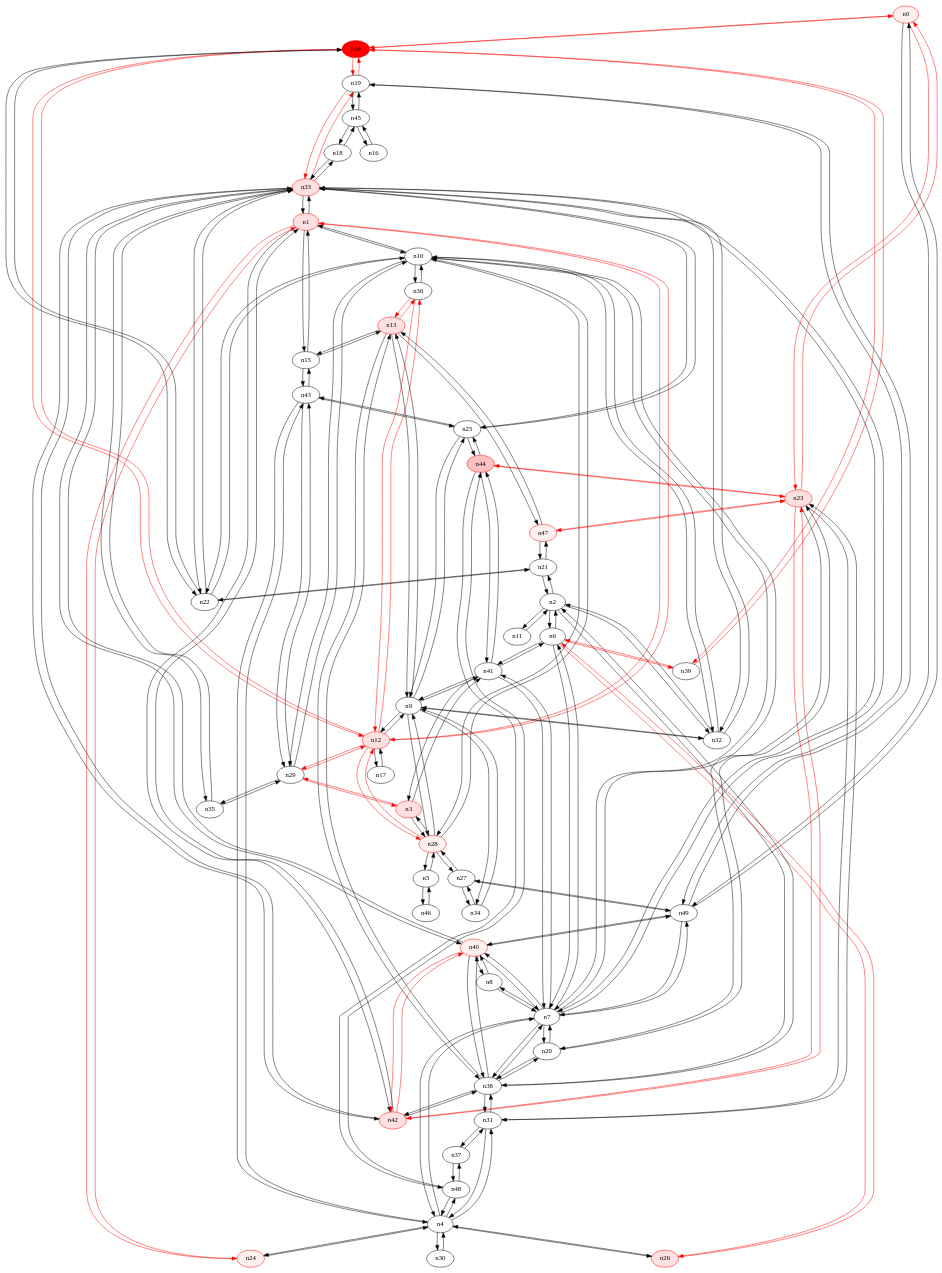
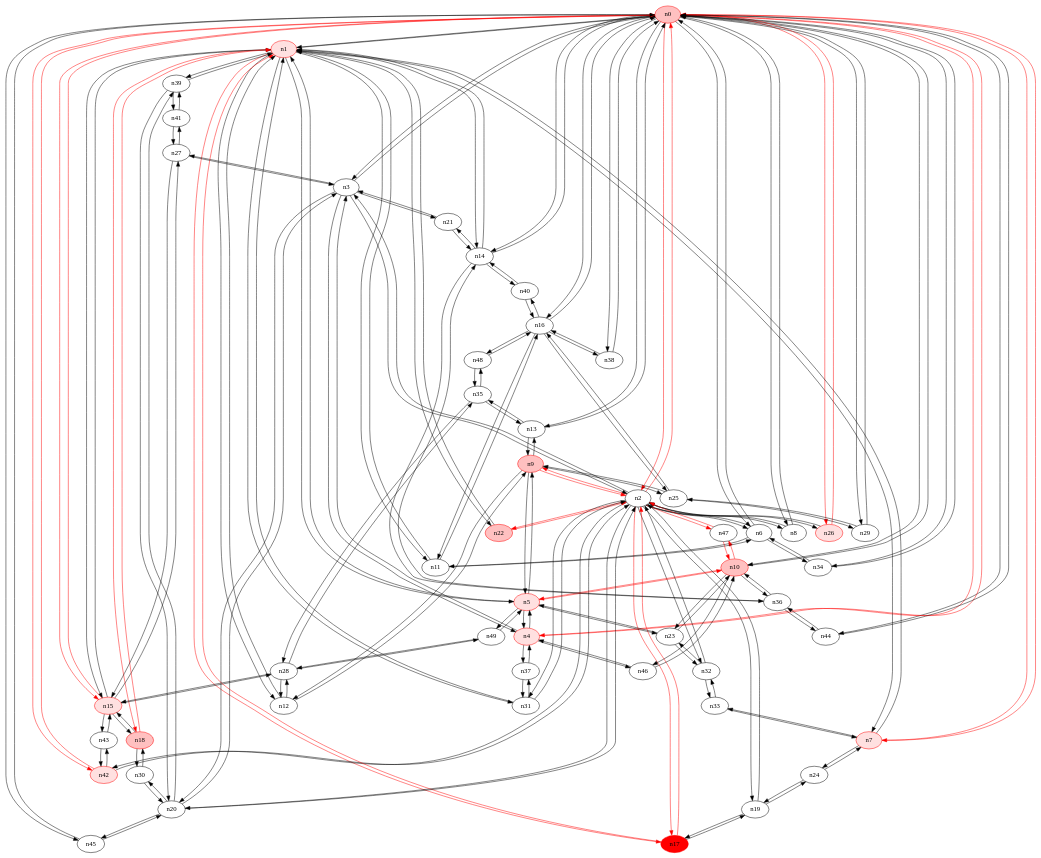
One commit to ireallyhopeirememberthis/yates_rrt changed the diagram in 50_20/1-rrt1.dot. Above: the diagram before and after it, drawn with Graphviz. The commit also changed 7464 other files, not shown here.

```diff
--- a/50_20/1-rrt1.dot
+++ b/50_20/1-rrt1.dot
@@ -1,252 +1,244 @@
 strict digraph {
-n0 [type=host, color="#FF0000", style=filled, fillcolor="#FFF0F0"];
-n14 [type=host, color="#FF0000", style=filled, fillcolor="#FF0000"];
-n23 [type=switch, color="#FF0000", style=filled, fillcolor="#FFE0E0"];
+n0 [type=switch, color="#FF0000", style=filled, fillcolor="#FFC0C0"];
+n1 [type=host, color="#FF0000", style=filled, fillcolor="#FFE0E0"];
+n2 [type=switch];
+n3 [type=switch];
+n4 [type=host, color="#FF0000", style=filled, fillcolor="#FFE0E0"];
+n6 [type=switch];
+n7 [type=host, color="#FF0000", style=filled, fillcolor="#FFE0E0"];
+n8 [type=switch];
+n10 [type=switch, color="#FF0000", style=filled, fillcolor="#FFC0C0"];
+n13 [type=switch];
+n14 [type=switch];
+n15 [type=host, color="#FF0000", style=filled, fillcolor="#FFE0E0"];
+n16 [type=switch];
+n26 [type=host, color="#FF0000", style=filled, fillcolor="#FFE0E0"];
+n29 [type=switch];
+n34 [type=switch];
+n38 [type=switch];
+n42 [type=host, color="#FF0000", style=filled, fillcolor="#FFE0E0"];
+n44 [type=switch];
+n45 [type=switch];
+n5 [type=host, color="#FF0000", style=filled, fillcolor="#FFE0E0"];
+n11 [type=switch];
+n12 [type=switch];
+n17 [type=switch, color="#FF0000", style=filled, fillcolor="#FF0000"];
+n18 [type=host, color="#FF0000", style=filled, fillcolor="#FFC0C0"];
+n22 [type=host, color="#FF0000", style=filled, fillcolor="#FFC0C0"];
+n31 [type=switch];
+n39 [type=switch];
+n9 [type=host, color="#FF0000", style=filled, fillcolor="#FFC0C0"];
+n19 [type=switch];
+n20 [type=switch];
+n32 [type=switch];
+n47 [type=switch];
+n21 [type=switch];
+n27 [type=switch];
+n37 [type=switch];
+n46 [type=switch];
+n23 [type=switch];
 n49 [type=switch];
-n1 [type=switch, color="#FF0000", style=filled, fillcolor="#FFE0E0"];
-n10 [type=switch];
-n12 [type=switch, color="#FF0000", style=filled, fillcolor="#FFE0E0"];
-n15 [type=switch];
-n24 [type=host, color="#FF0000", style=filled, fillcolor="#FFF0F0"];
-n33 [type=host, color="#FF0000", style=filled, fillcolor="#FFE0E0"];
-n42 [type=switch, color="#FF0000", style=filled, fillcolor="#FFE0E0"];
-n2 [type=switch];
-n6 [type=switch];
-n11 [type=switch];
-n21 [type=switch];
-n32 [type=switch];
-n38 [type=switch];
-n3 [type=host, color="#FF0000", style=filled, fillcolor="#FFE0E0"];
-n28 [type=host, color="#FF0000", style=filled, fillcolor="#FFF0F0"];
-n29 [type=switch];
-n41 [type=switch];
-n4 [type=switch];
-n7 [type=switch];
-n26 [type=host, color="#FF0000", style=filled, fillcolor="#FFE0E0"];
-n30 [type=switch];
-n31 [type=switch];
+n24 [type=switch];
+n33 [type=switch];
+n25 [type=switch];
+n36 [type=switch];
+n28 [type=switch];
+n35 [type=switch];
+n40 [type=switch];
 n43 [type=switch];
 n48 [type=switch];
-n5 [type=switch];
-n46 [type=switch];
-n39 [type=switch];
-n8 [type=switch];
-n20 [type=switch];
-n40 [type=host, color="#FF0000", style=filled, fillcolor="#FFF0F0"];
-n9 [type=switch];
-n13 [type=host, color="#FF0000", style=filled, fillcolor="#FFE0E0"];
-n25 [type=switch];
-n34 [type=switch];
-n22 [type=switch];
-n36 [type=switch];
-n17 [type=switch];
-n47 [type=host, color="#FF0000", style=filled, fillcolor="#FFF0F0"];
-n19 [type=switch];
-n16 [type=switch];
-n45 [type=switch];
-n18 [type=switch];
-n44 [type=switch, color="#FF0000", style=filled, fillcolor="#FFC0C0"];
-n27 [type=switch];
-n35 [type=switch];
-n37 [type=switch];
-n0 -> n14 [src_port=0, dst_port=0, color="#FF0000"];
-n0 -> n23 [src_port=0, dst_port=0, color="#FF0000"];
-n0 -> n49 [src_port=0, dst_port=0];
-n14 -> n0 [src_port=0, dst_port=0, color="#FF0000"];
-n14 -> n12 [src_port=0, dst_port=0, color="#FF0000"];
-n14 -> n39 [src_port=0, dst_port=0, color="#FF0000"];
-n14 -> n22 [src_port=0, dst_port=0];
-n14 -> n19 [src_port=0, dst_port=0, color="#FF0000"];
-n23 -> n0 [src_port=0, dst_port=0, color="#FF0000"];
-n23 -> n42 [src_port=0, dst_port=0, color="#FF0000"];
-n23 -> n31 [src_port=0, dst_port=0];
-n23 -> n20 [src_port=0, dst_port=0];
-n23 -> n47 [src_port=0, dst_port=0, color="#FF0000"];
-n23 -> n44 [src_port=0, dst_port=0, color="#FF0000"];
-n49 -> n0 [src_port=0, dst_port=0];
-n49 -> n7 [src_port=0, dst_port=0];
-n49 -> n40 [src_port=0, dst_port=0];
-n49 -> n19 [src_port=0, dst_port=0];
-n49 -> n27 [src_port=0, dst_port=0];
-n1 -> n10 [src_port=0, dst_port=0];
-n1 -> n12 [src_port=0, dst_port=0, color="#FF0000"];
+n30 [type=switch];
+n41 [type=switch];
+n0 -> n1 [src_port=0, dst_port=0];
+n0 -> n2 [src_port=0, dst_port=0, color="#FF0000"];
+n0 -> n3 [src_port=0, dst_port=0];
+n0 -> n4 [src_port=0, dst_port=0, color="#FF0000"];
+n0 -> n6 [src_port=0, dst_port=0];
+n0 -> n7 [src_port=0, dst_port=0, color="#FF0000"];
+n0 -> n8 [src_port=0, dst_port=0];
+n0 -> n10 [src_port=0, dst_port=0];
+n0 -> n13 [src_port=0, dst_port=0];
+n0 -> n14 [src_port=0, dst_port=0];
+n0 -> n15 [src_port=0, dst_port=0, color="#FF0000"];
+n0 -> n16 [src_port=0, dst_port=0];
+n0 -> n26 [src_port=0, dst_port=0, color="#FF0000"];
+n0 -> n29 [src_port=0, dst_port=0];
+n0 -> n34 [src_port=0, dst_port=0];
+n0 -> n38 [src_port=0, dst_port=0];
+n0 -> n42 [src_port=0, dst_port=0, color="#FF0000"];
+n0 -> n44 [src_port=0, dst_port=0];
+n0 -> n45 [src_port=0, dst_port=0];
+n1 -> n0 [src_port=0, dst_port=0];
+n1 -> n7 [src_port=0, dst_port=0];
+n1 -> n14 [src_port=0, dst_port=0];
 n1 -> n15 [src_port=0, dst_port=0];
-n1 -> n24 [src_port=0, dst_port=0, color="#FF0000"];
-n1 -> n33 [src_port=0, dst_port=0];
-n1 -> n42 [src_port=0, dst_port=0];
-n10 -> n1 [src_port=0, dst_port=0];
-n10 -> n32 [src_port=0, dst_port=0];
-n10 -> n28 [src_port=0, dst_port=0];
-n10 -> n29 [src_port=0, dst_port=0];
-n10 -> n7 [src_port=0, dst_port=0];
-n10 -> n22 [src_port=0, dst_port=0];
+n1 -> n5 [src_port=0, dst_port=0];
+n1 -> n11 [src_port=0, dst_port=0];
+n1 -> n12 [src_port=0, dst_port=0];
+n1 -> n17 [src_port=0, dst_port=0, color="#FF0000"];
+n1 -> n18 [src_port=0, dst_port=0, color="#FF0000"];
+n1 -> n22 [src_port=0, dst_port=0];
+n1 -> n31 [src_port=0, dst_port=0];
+n1 -> n39 [src_port=0, dst_port=0];
+n2 -> n0 [src_port=0, dst_port=0, color="#FF0000"];
+n2 -> n3 [src_port=0, dst_port=0];
+n2 -> n6 [src_port=0, dst_port=0];
+n2 -> n8 [src_port=0, dst_port=0];
+n2 -> n26 [src_port=0, dst_port=0];
+n2 -> n42 [src_port=0, dst_port=0];
+n2 -> n17 [src_port=0, dst_port=0, color="#FF0000"];
+n2 -> n22 [src_port=0, dst_port=0, color="#FF0000"];
+n2 -> n31 [src_port=0, dst_port=0];
+n2 -> n9 [src_port=0, dst_port=0, color="#FF0000"];
+n2 -> n19 [src_port=0, dst_port=0];
+n2 -> n20 [src_port=0, dst_port=0];
+n2 -> n32 [src_port=0, dst_port=0];
+n2 -> n47 [src_port=0, dst_port=0, color="#FF0000"];
+n3 -> n0 [src_port=0, dst_port=0];
+n3 -> n2 [src_port=0, dst_port=0];
+n3 -> n4 [src_port=0, dst_port=0];
+n3 -> n20 [src_port=0, dst_port=0];
+n3 -> n21 [src_port=0, dst_port=0];
+n3 -> n27 [src_port=0, dst_port=0];
+n4 -> n0 [src_port=0, dst_port=0, color="#FF0000"];
+n4 -> n3 [src_port=0, dst_port=0];
+n4 -> n5 [src_port=0, dst_port=0];
+n4 -> n37 [src_port=0, dst_port=0];
+n4 -> n46 [src_port=0, dst_port=0];
+n6 -> n0 [src_port=0, dst_port=0];
+n6 -> n2 [src_port=0, dst_port=0];
+n6 -> n34 [src_port=0, dst_port=0];
+n6 -> n11 [src_port=0, dst_port=0];
+n7 -> n0 [src_port=0, dst_port=0, color="#FF0000"];
+n7 -> n1 [src_port=0, dst_port=0];
+n7 -> n24 [src_port=0, dst_port=0];
+n7 -> n33 [src_port=0, dst_port=0];
+n8 -> n0 [src_port=0, dst_port=0];
+n8 -> n2 [src_port=0, dst_port=0];
+n10 -> n0 [src_port=0, dst_port=0];
+n10 -> n5 [src_port=0, dst_port=0, color="#FF0000"];
+n10 -> n47 [src_port=0, dst_port=0, color="#FF0000"];
+n10 -> n46 [src_port=0, dst_port=0];
+n10 -> n23 [src_port=0, dst_port=0];
 n10 -> n36 [src_port=0, dst_port=0];
-n12 -> n14 [src_port=0, dst_port=0, color="#FF0000"];
-n12 -> n1 [src_port=0, dst_port=0, color="#FF0000"];
-n12 -> n28 [src_port=0, dst_port=0, color="#FF0000"];
-n12 -> n29 [src_port=0, dst_port=0, color="#FF0000"];
+n13 -> n0 [src_port=0, dst_port=0];
+n13 -> n9 [src_port=0, dst_port=0];
+n13 -> n35 [src_port=0, dst_port=0];
+n14 -> n0 [src_port=0, dst_port=0];
+n14 -> n1 [src_port=0, dst_port=0];
+n14 -> n21 [src_port=0, dst_port=0];
+n14 -> n36 [src_port=0, dst_port=0];
+n14 -> n40 [src_port=0, dst_port=0];
+n15 -> n0 [src_port=0, dst_port=0, color="#FF0000"];
+n15 -> n1 [src_port=0, dst_port=0];
+n15 -> n18 [src_port=0, dst_port=0];
+n15 -> n27 [src_port=0, dst_port=0];
+n15 -> n28 [src_port=0, dst_port=0];
+n15 -> n43 [src_port=0, dst_port=0];
+n16 -> n0 [src_port=0, dst_port=0];
+n16 -> n38 [src_port=0, dst_port=0];
+n16 -> n11 [src_port=0, dst_port=0];
+n16 -> n25 [src_port=0, dst_port=0];
+n16 -> n40 [src_port=0, dst_port=0];
+n16 -> n48 [src_port=0, dst_port=0];
+n26 -> n0 [src_port=0, dst_port=0, color="#FF0000"];
+n26 -> n2 [src_port=0, dst_port=0];
+n29 -> n0 [src_port=0, dst_port=0];
+n29 -> n25 [src_port=0, dst_port=0];
+n34 -> n0 [src_port=0, dst_port=0];
+n34 -> n6 [src_port=0, dst_port=0];
+n38 -> n0 [src_port=0, dst_port=0];
+n38 -> n16 [src_port=0, dst_port=0];
+n42 -> n0 [src_port=0, dst_port=0, color="#FF0000"];
+n42 -> n2 [src_port=0, dst_port=0];
+n42 -> n43 [src_port=0, dst_port=0];
+n44 -> n0 [src_port=0, dst_port=0];
+n44 -> n36 [src_port=0, dst_port=0];
+n45 -> n0 [src_port=0, dst_port=0];
+n45 -> n20 [src_port=0, dst_port=0];
+n5 -> n1 [src_port=0, dst_port=0];
+n5 -> n4 [src_port=0, dst_port=0];
+n5 -> n10 [src_port=0, dst_port=0, color="#FF0000"];
+n5 -> n9 [src_port=0, dst_port=0];
+n5 -> n23 [src_port=0, dst_port=0];
+n5 -> n49 [src_port=0, dst_port=0];
+n11 -> n1 [src_port=0, dst_port=0];
+n11 -> n6 [src_port=0, dst_port=0];
+n11 -> n16 [src_port=0, dst_port=0];
+n12 -> n1 [src_port=0, dst_port=0];
 n12 -> n9 [src_port=0, dst_port=0];
-n12 -> n36 [src_port=0, dst_port=0, color="#FF0000"];
-n12 -> n17 [src_port=0, dst_port=0];
-n15 -> n1 [src_port=0, dst_port=0];
-n15 -> n43 [src_port=0, dst_port=0];
-n15 -> n13 [src_port=0, dst_port=0];
-n24 -> n1 [src_port=0, dst_port=0, color="#FF0000"];
-n24 -> n4 [src_port=0, dst_port=0];
-n33 -> n1 [src_port=0, dst_port=0];
-n33 -> n42 [src_port=0, dst_port=0];
+n12 -> n28 [src_port=0, dst_port=0];
+n17 -> n1 [src_port=0, dst_port=0, color="#FF0000"];
+n17 -> n2 [src_port=0, dst_port=0, color="#FF0000"];
+n17 -> n19 [src_port=0, dst_port=0];
+n18 -> n1 [src_port=0, dst_port=0, color="#FF0000"];
+n18 -> n15 [src_port=0, dst_port=0];
+n18 -> n30 [src_port=0, dst_port=0];
+n22 -> n1 [src_port=0, dst_port=0];
+n22 -> n2 [src_port=0, dst_port=0, color="#FF0000"];
+n31 -> n1 [src_port=0, dst_port=0];
+n31 -> n2 [src_port=0, dst_port=0];
+n31 -> n37 [src_port=0, dst_port=0];
+n39 -> n1 [src_port=0, dst_port=0];
+n39 -> n20 [src_port=0, dst_port=0];
+n39 -> n41 [src_port=0, dst_port=0];
+n9 -> n2 [src_port=0, dst_port=0, color="#FF0000"];
+n9 -> n13 [src_port=0, dst_port=0];
+n9 -> n5 [src_port=0, dst_port=0];
+n9 -> n12 [src_port=0, dst_port=0];
+n9 -> n25 [src_port=0, dst_port=0];
+n19 -> n2 [src_port=0, dst_port=0];
+n19 -> n17 [src_port=0, dst_port=0];
+n19 -> n24 [src_port=0, dst_port=0];
+n20 -> n2 [src_port=0, dst_port=0];
+n20 -> n3 [src_port=0, dst_port=0];
+n20 -> n45 [src_port=0, dst_port=0];
+n20 -> n39 [src_port=0, dst_port=0];
+n20 -> n30 [src_port=0, dst_port=0];
+n32 -> n2 [src_port=0, dst_port=0];
+n32 -> n23 [src_port=0, dst_port=0];
+n32 -> n33 [src_port=0, dst_port=0];
+n47 -> n2 [src_port=0, dst_port=0, color="#FF0000"];
+n47 -> n10 [src_port=0, dst_port=0, color="#FF0000"];
+n21 -> n3 [src_port=0, dst_port=0];
+n21 -> n14 [src_port=0, dst_port=0];
+n27 -> n3 [src_port=0, dst_port=0];
+n27 -> n15 [src_port=0, dst_port=0];
+n27 -> n41 [src_port=0, dst_port=0];
+n37 -> n4 [src_port=0, dst_port=0];
+n37 -> n31 [src_port=0, dst_port=0];
+n46 -> n4 [src_port=0, dst_port=0];
+n46 -> n10 [src_port=0, dst_port=0];
+n23 -> n10 [src_port=0, dst_port=0];
+n23 -> n5 [src_port=0, dst_port=0];
+n23 -> n32 [src_port=0, dst_port=0];
+n49 -> n5 [src_port=0, dst_port=0];
+n49 -> n28 [src_port=0, dst_port=0];
+n24 -> n7 [src_port=0, dst_port=0];
+n24 -> n19 [src_port=0, dst_port=0];
+n33 -> n7 [src_port=0, dst_port=0];
 n33 -> n32 [src_port=0, dst_port=0];
-n33 -> n7 [src_port=0, dst_port=0];
-n33 -> n40 [src_port=0, dst_port=0];
-n33 -> n25 [src_port=0, dst_port=0];
-n33 -> n22 [src_port=0, dst_port=0];
-n33 -> n19 [src_port=0, dst_port=0, color="#FF0000"];
-n33 -> n18 [src_port=0, dst_port=0];
-n33 -> n35 [src_port=0, dst_port=0];
-n42 -> n23 [src_port=0, dst_port=0, color="#FF0000"];
-n42 -> n1 [src_port=0, dst_port=0];
-n42 -> n33 [src_port=0, dst_port=0];
-n42 -> n38 [src_port=0, dst_port=0];
-n42 -> n40 [src_port=0, dst_port=0, color="#FF0000"];
-n2 -> n6 [src_port=0, dst_port=0];
-n2 -> n11 [src_port=0, dst_port=0];
-n2 -> n21 [src_port=0, dst_port=0];
-n2 -> n32 [src_port=0, dst_port=0];
-n2 -> n38 [src_port=0, dst_port=0];
-n6 -> n2 [src_port=0, dst_port=0];
-n6 -> n41 [src_port=0, dst_port=0];
-n6 -> n7 [src_port=0, dst_port=0];
-n6 -> n26 [src_port=0, dst_port=0, color="#FF0000"];
-n6 -> n39 [src_port=0, dst_port=0, color="#FF0000"];
-n11 -> n2 [src_port=0, dst_port=0];
-n21 -> n2 [src_port=0, dst_port=0];
-n21 -> n22 [src_port=0, dst_port=0];
-n21 -> n47 [src_port=0, dst_port=0];
-n32 -> n10 [src_port=0, dst_port=0];
-n32 -> n33 [src_port=0, dst_port=0];
-n32 -> n2 [src_port=0, dst_port=0];
-n32 -> n9 [src_port=0, dst_port=0];
-n38 -> n42 [src_port=0, dst_port=0];
-n38 -> n2 [src_port=0, dst_port=0];
-n38 -> n7 [src_port=0, dst_port=0];
-n38 -> n31 [src_port=0, dst_port=0];
-n38 -> n20 [src_port=0, dst_port=0];
-n38 -> n40 [src_port=0, dst_port=0];
-n38 -> n13 [src_port=0, dst_port=0];
-n3 -> n28 [src_port=0, dst_port=0];
-n3 -> n29 [src_port=0, dst_port=0, color="#FF0000"];
-n3 -> n41 [src_port=0, dst_port=0];
-n28 -> n10 [src_port=0, dst_port=0];
-n28 -> n12 [src_port=0, dst_port=0, color="#FF0000"];
-n28 -> n3 [src_port=0, dst_port=0];
-n28 -> n5 [src_port=0, dst_port=0];
-n28 -> n9 [src_port=0, dst_port=0];
-n28 -> n27 [src_port=0, dst_port=0];
-n29 -> n10 [src_port=0, dst_port=0];
-n29 -> n12 [src_port=0, dst_port=0, color="#FF0000"];
-n29 -> n3 [src_port=0, dst_port=0, color="#FF0000"];
-n29 -> n43 [src_port=0, dst_port=0];
-n29 -> n35 [src_port=0, dst_port=0];
-n41 -> n6 [src_port=0, dst_port=0];
-n41 -> n3 [src_port=0, dst_port=0];
-n41 -> n7 [src_port=0, dst_port=0];
-n41 -> n9 [src_port=0, dst_port=0];
-n41 -> n44 [src_port=0, dst_port=0];
-n4 -> n24 [src_port=0, dst_port=0];
-n4 -> n7 [src_port=0, dst_port=0];
-n4 -> n26 [src_port=0, dst_port=0];
-n4 -> n30 [src_port=0, dst_port=0];
-n4 -> n31 [src_port=0, dst_port=0];
-n4 -> n43 [src_port=0, dst_port=0];
-n4 -> n48 [src_port=0, dst_port=0];
-n7 -> n49 [src_port=0, dst_port=0];
-n7 -> n10 [src_port=0, dst_port=0];
-n7 -> n33 [src_port=0, dst_port=0];
-n7 -> n6 [src_port=0, dst_port=0];
-n7 -> n38 [src_port=0, dst_port=0];
-n7 -> n41 [src_port=0, dst_port=0];
-n7 -> n4 [src_port=0, dst_port=0];
-n7 -> n8 [src_port=0, dst_port=0];
-n7 -> n20 [src_port=0, dst_port=0];
-n7 -> n40 [src_port=0, dst_port=0];
-n26 -> n6 [src_port=0, dst_port=0, color="#FF0000"];
-n26 -> n4 [src_port=0, dst_port=0];
-n30 -> n4 [src_port=0, dst_port=0];
-n31 -> n23 [src_port=0, dst_port=0];
-n31 -> n38 [src_port=0, dst_port=0];
-n31 -> n4 [src_port=0, dst_port=0];
-n31 -> n37 [src_port=0, dst_port=0];
+n25 -> n16 [src_port=0, dst_port=0];
+n25 -> n29 [src_port=0, dst_port=0];
+n25 -> n9 [src_port=0, dst_port=0];
+n36 -> n10 [src_port=0, dst_port=0];
+n36 -> n14 [src_port=0, dst_port=0];
+n36 -> n44 [src_port=0, dst_port=0];
+n28 -> n15 [src_port=0, dst_port=0];
+n28 -> n12 [src_port=0, dst_port=0];
+n28 -> n49 [src_port=0, dst_port=0];
+n28 -> n35 [src_port=0, dst_port=0];
+n35 -> n13 [src_port=0, dst_port=0];
+n35 -> n28 [src_port=0, dst_port=0];
+n35 -> n48 [src_port=0, dst_port=0];
+n40 -> n14 [src_port=0, dst_port=0];
+n40 -> n16 [src_port=0, dst_port=0];
 n43 -> n15 [src_port=0, dst_port=0];
-n43 -> n29 [src_port=0, dst_port=0];
-n43 -> n4 [src_port=0, dst_port=0];
-n43 -> n25 [src_port=0, dst_port=0];
-n48 -> n4 [src_port=0, dst_port=0];
-n48 -> n44 [src_port=0, dst_port=0];
-n48 -> n37 [src_port=0, dst_port=0];
-n5 -> n28 [src_port=0, dst_port=0];
-n5 -> n46 [src_port=0, dst_port=0];
-n46 -> n5 [src_port=0, dst_port=0];
-n39 -> n14 [src_port=0, dst_port=0, color="#FF0000"];
-n39 -> n6 [src_port=0, dst_port=0, color="#FF0000"];
-n8 -> n7 [src_port=0, dst_port=0];
-n8 -> n40 [src_port=0, dst_port=0];
-n20 -> n23 [src_port=0, dst_port=0];
-n20 -> n38 [src_port=0, dst_port=0];
-n20 -> n7 [src_port=0, dst_port=0];
-n40 -> n49 [src_port=0, dst_port=0];
-n40 -> n33 [src_port=0, dst_port=0];
-n40 -> n42 [src_port=0, dst_port=0, color="#FF0000"];
-n40 -> n38 [src_port=0, dst_port=0];
-n40 -> n7 [src_port=0, dst_port=0];
-n40 -> n8 [src_port=0, dst_port=0];
-n9 -> n12 [src_port=0, dst_port=0];
-n9 -> n32 [src_port=0, dst_port=0];
-n9 -> n28 [src_port=0, dst_port=0];
-n9 -> n41 [src_port=0, dst_port=0];
-n9 -> n13 [src_port=0, dst_port=0];
-n9 -> n25 [src_port=0, dst_port=0];
-n9 -> n34 [src_port=0, dst_port=0];
-n13 -> n15 [src_port=0, dst_port=0];
-n13 -> n38 [src_port=0, dst_port=0];
-n13 -> n9 [src_port=0, dst_port=0];
-n13 -> n36 [src_port=0, dst_port=0, color="#FF0000"];
-n13 -> n47 [src_port=0, dst_port=0];
-n25 -> n33 [src_port=0, dst_port=0];
-n25 -> n43 [src_port=0, dst_port=0];
-n25 -> n9 [src_port=0, dst_port=0];
-n25 -> n44 [src_port=0, dst_port=0];
-n34 -> n9 [src_port=0, dst_port=0];
-n34 -> n27 [src_port=0, dst_port=0];
-n22 -> n14 [src_port=0, dst_port=0];
-n22 -> n10 [src_port=0, dst_port=0];
-n22 -> n33 [src_port=0, dst_port=0];
-n22 -> n21 [src_port=0, dst_port=0];
-n36 -> n10 [src_port=0, dst_port=0];
-n36 -> n12 [src_port=0, dst_port=0, color="#FF0000"];
-n36 -> n13 [src_port=0, dst_port=0, color="#FF0000"];
-n17 -> n12 [src_port=0, dst_port=0];
-n47 -> n23 [src_port=0, dst_port=0, color="#FF0000"];
-n47 -> n21 [src_port=0, dst_port=0];
-n47 -> n13 [src_port=0, dst_port=0];
-n19 -> n14 [src_port=0, dst_port=0, color="#FF0000"];
-n19 -> n49 [src_port=0, dst_port=0];
-n19 -> n33 [src_port=0, dst_port=0, color="#FF0000"];
-n19 -> n45 [src_port=0, dst_port=0];
-n16 -> n45 [src_port=0, dst_port=0];
-n45 -> n19 [src_port=0, dst_port=0];
-n45 -> n16 [src_port=0, dst_port=0];
-n45 -> n18 [src_port=0, dst_port=0];
-n18 -> n33 [src_port=0, dst_port=0];
-n18 -> n45 [src_port=0, dst_port=0];
-n44 -> n23 [src_port=0, dst_port=0, color="#FF0000"];
-n44 -> n41 [src_port=0, dst_port=0];
-n44 -> n48 [src_port=0, dst_port=0];
-n44 -> n25 [src_port=0, dst_port=0];
-n27 -> n49 [src_port=0, dst_port=0];
-n27 -> n28 [src_port=0, dst_port=0];
-n27 -> n34 [src_port=0, dst_port=0];
-n35 -> n33 [src_port=0, dst_port=0];
-n35 -> n29 [src_port=0, dst_port=0];
-n37 -> n31 [src_port=0, dst_port=0];
-n37 -> n48 [src_port=0, dst_port=0];
+n43 -> n42 [src_port=0, dst_port=0];
+n48 -> n16 [src_port=0, dst_port=0];
+n48 -> n35 [src_port=0, dst_port=0];
+n30 -> n18 [src_port=0, dst_port=0];
+n30 -> n20 [src_port=0, dst_port=0];
+n41 -> n39 [src_port=0, dst_port=0];
+n41 -> n27 [src_port=0, dst_port=0];
 }
```
